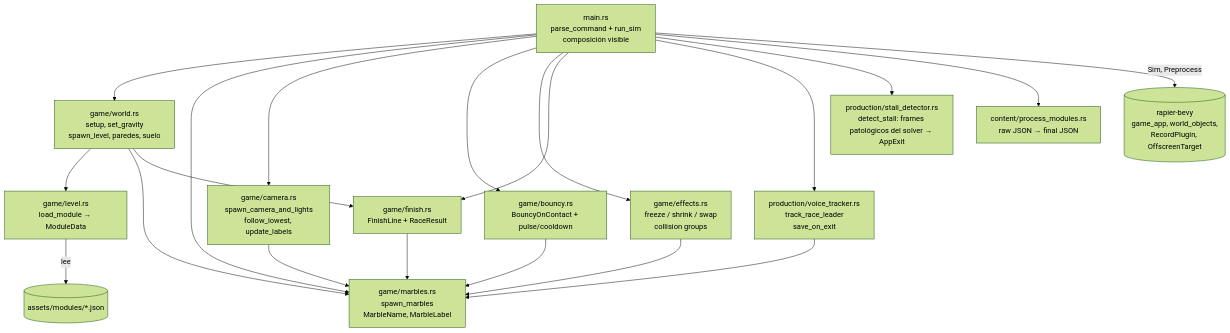
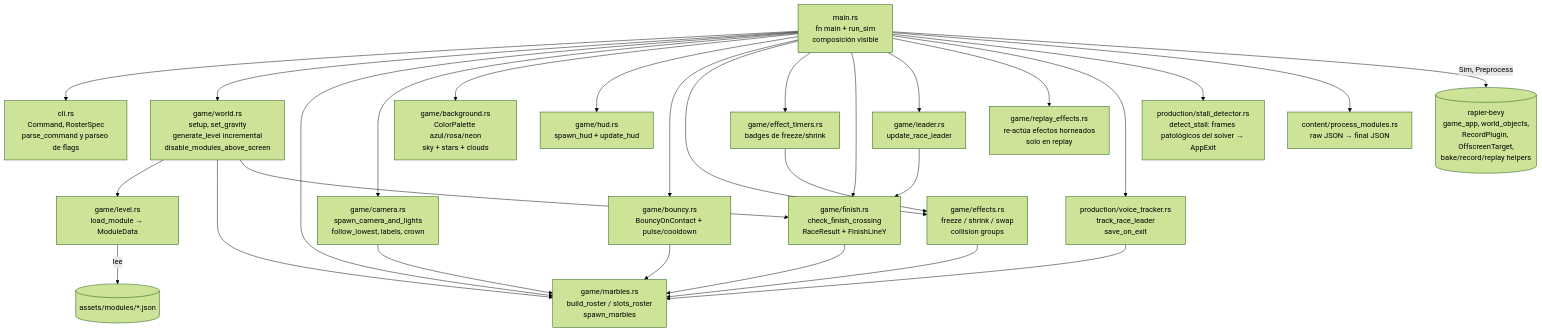
Before and after one commit to jesusgomeznuz/canicasbrawl-rapier: the fifth of 5 diagrams in docs/flow.md, drawn with Mermaid (forest theme). The commit also changed other lines of this file and 10 other files, not shown here.

First line of the commit message:
refactor: main.rs se reduce a router puro — args/simulation/process_modules

````diff
--- a/docs/flow.md
+++ b/docs/flow.md
@@ -79,23 +85,31 @@
 ```mermaid
 flowchart TD
-    main[main.rs<br/>parse_command + run_sim<br/>composición visible]
-    main --> world[game/world.rs<br/>setup, set_gravity<br/>spawn_level, paredes, suelo]
-    main --> marbles[game/marbles.rs<br/>spawn_marbles<br/>MarbleName, MarbleLabel]
-    main --> camera[game/camera.rs<br/>spawn_camera_and_lights<br/>follow_lowest, update_labels]
+    main[main.rs<br/>fn main + run_sim<br/>composición visible]
+    main --> cli[cli.rs<br/>Command, RosterSpec<br/>parse_command y parseo de flags]
+    main --> world[game/world.rs<br/>setup, set_gravity<br/>generate_level incremental<br/>disable_modules_above_screen]
+    main --> marbles[game/marbles.rs<br/>build_roster / slots_roster<br/>spawn_marbles]
+    main --> camera[game/camera.rs<br/>spawn_camera_and_lights<br/>follow_lowest, labels, crown]
+    main --> background[game/background.rs<br/>ColorPalette azul/rosa/neon<br/>sky + stars + clouds]
+    main --> hud[game/hud.rs<br/>spawn_hud + update_hud]
     main --> bouncy[game/bouncy.rs<br/>BouncyOnContact + pulse/cooldown]
     main --> effects[game/effects.rs<br/>freeze / shrink / swap<br/>collision groups]
-    main --> finish[game/finish.rs<br/>FinishLine + RaceResult]
+    main --> timers[game/effect_timers.rs<br/>badges de freeze/shrink]
+    main --> finish[game/finish.rs<br/>check_finish_crossing<br/>RaceResult + FinishLineY]
+    main --> leader[game/leader.rs<br/>update_race_leader]
+    main --> replayfx[game/replay_effects.rs<br/>re-actúa efectos horneados<br/>solo en replay]
     main --> tracker[production/voice_tracker.rs<br/>track_race_leader<br/>save_on_exit]
     main --> stall[production/stall_detector.rs<br/>detect_stall: frames patológicos del solver → AppExit]
     main --> content[content/process_modules.rs<br/>raw JSON → final JSON]
-    main -->|Sim, Preprocess| engine[(rapier-bevy<br/>game_app, world_objects,<br/>RecordPlugin, OffscreenTarget)]
+    main -->|Sim, Preprocess| engine[(rapier-bevy<br/>game_app, world_objects,<br/>RecordPlugin, OffscreenTarget,<br/>bake/record/replay helpers)]
     world --> level[game/level.rs<br/>load_module → ModuleData]
     world --> marbles
     world --> finish
     camera --> marbles
     tracker --> marbles
     effects --> marbles
     bouncy --> marbles
     finish --> marbles
+    leader --> finish
+    timers --> effects
     level -->|lee| ModulesJSON[(assets/modules/*.json)]
 ```
````
